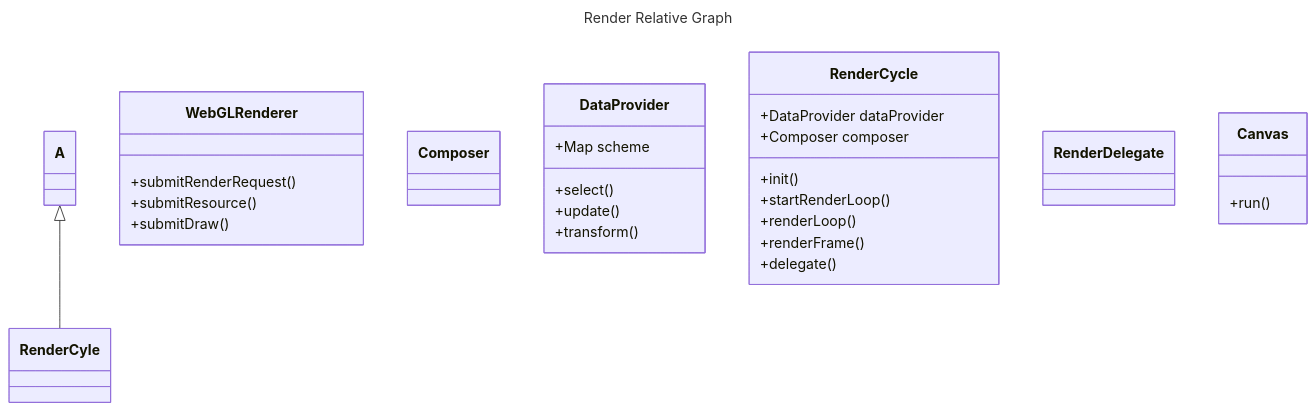
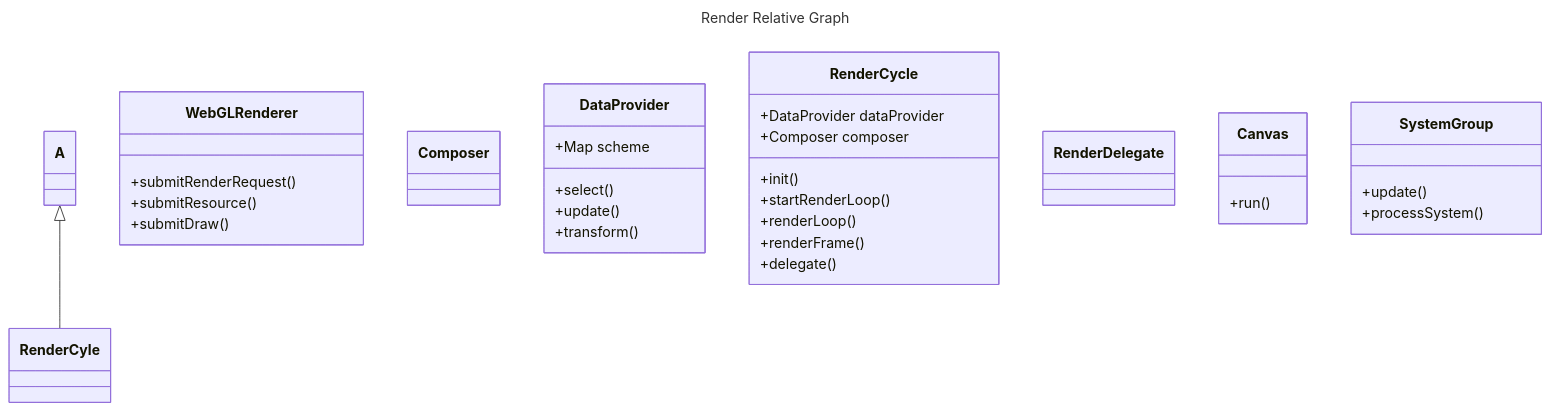
The third of 3 diagrams in cg/tools/engine4mermaid.md (lmj01/lmj01.github.io), drawn with Mermaid before and after one commit. The commit also changed other lines of this file and 14 other files, not shown here.

```diff
--- a/cg/tools/engine4mermaid.md
+++ b/cg/tools/engine4mermaid.md
@@ -56,42 +57,47 @@
 <pre class="mermaid">
     ---
     title: Render Relative Graph
     ---
     classDiagram
         A <| -- RenderCyle
 
         class WebGLRenderer {
             +submitRenderRequest()
             +submitResource()
             +submitDraw()
         }
 
         class Composer {
 
         }
 
         class DataProvider {
             +Map scheme
             +select()
             +update()
             +transform() 
         }
 
         class RenderCycle {
             +DataProvider dataProvider
             +Composer composer
             +init()
             +startRenderLoop()
             +renderLoop()
             +renderFrame()
             +delegate()
         }
 
         class RenderDelegate {
 
         }
 
         class Canvas {
             +run()
         }
+
+        class SystemGroup {
+            +update()
+            +processSystem()
+        }
 </pre>
```
